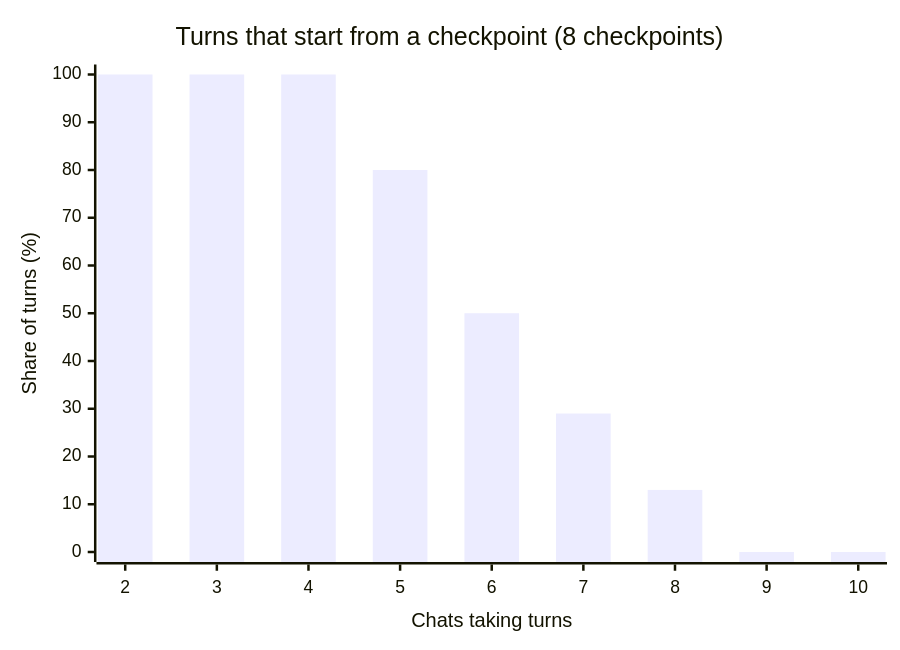
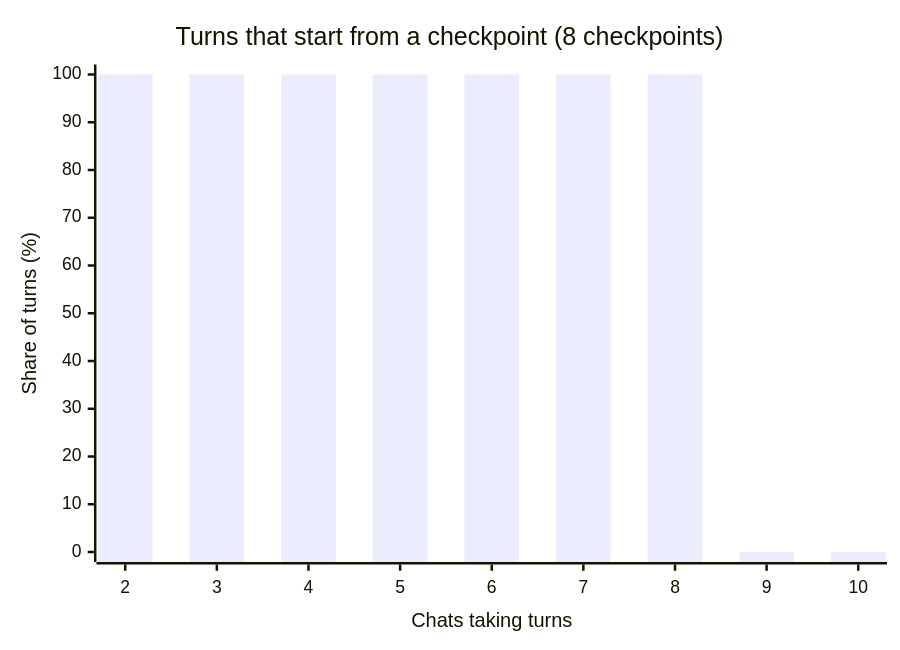
One commit to avra-m3/c0ven changed the third of 3 diagrams in docs/CACHING.md. Above: the diagram before and after it, drawn with Mermaid. The commit also changed other lines of this file and 6 other files, not shown here.

````diff
--- a/docs/CACHING.md
+++ b/docs/CACHING.md
@@ -167,7 +174,7 @@
 ```mermaid
 xychart-beta
     title "Turns that start from a checkpoint (8 checkpoints)"
     x-axis "Chats taking turns" [2, 3, 4, 5, 6, 7, 8, 9, 10]
     y-axis "Share of turns (%)" 0 --> 100
-    bar [100, 100, 100, 80, 50, 29, 13, 0, 0]
+    bar [100, 100, 100, 100, 100, 100, 100, 0, 0]
 ```
````
